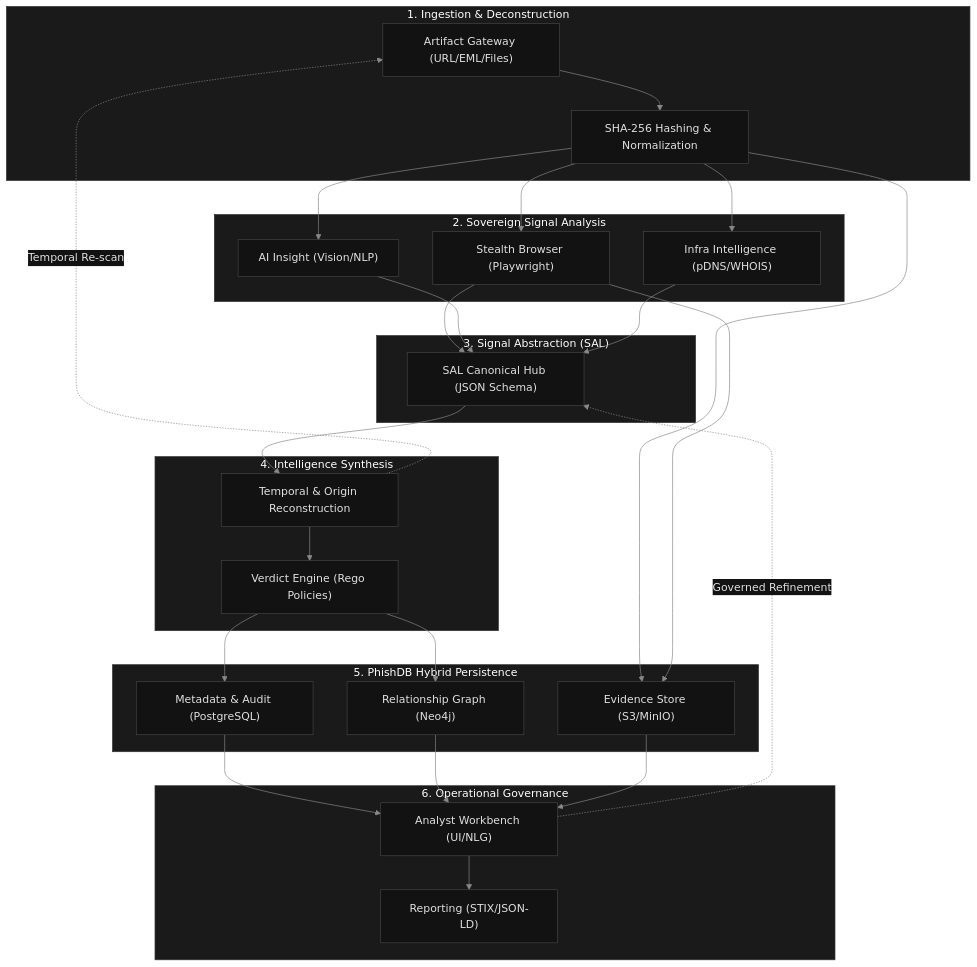
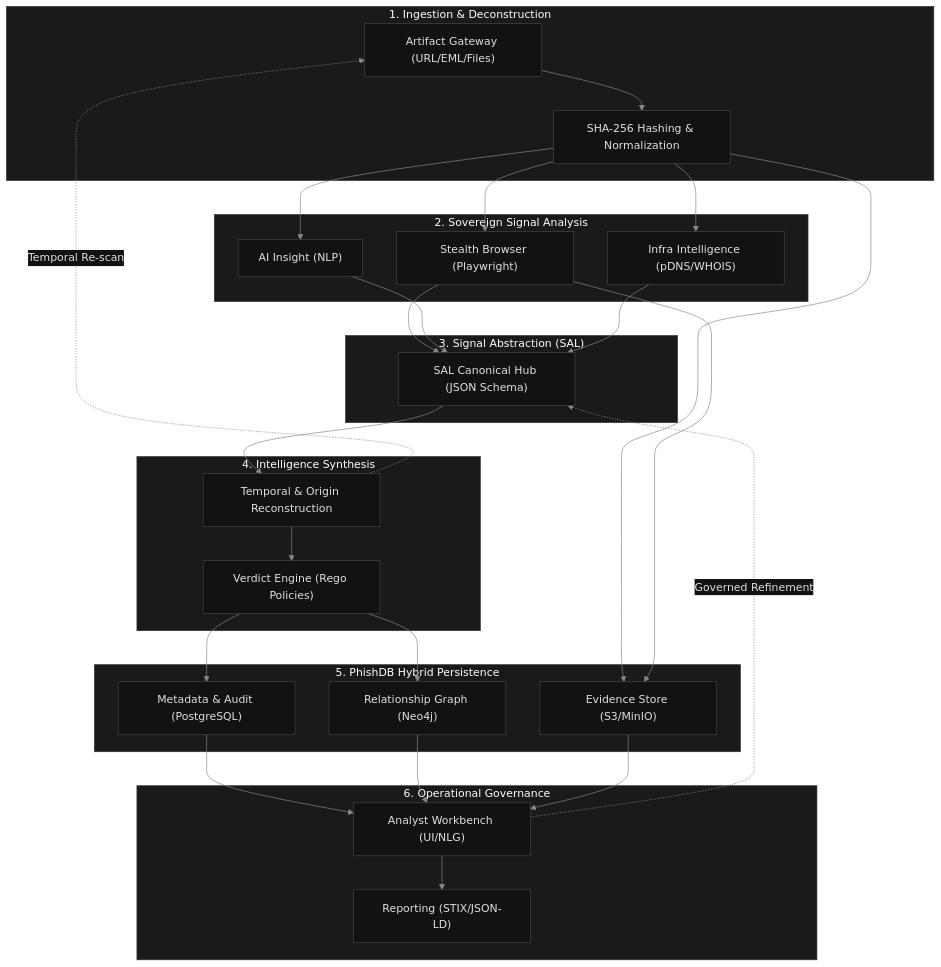
One commit to Tejaswini4119/PhishVault changed the diagram in newideas/PhishVault-2-TW.md. Above: the diagram before and after it, drawn with Mermaid.

Commit message:
feat: Add PhishVault-2 full technical workbook and system design specification.

````diff
--- a/newideas/PhishVault-2-TW.md
+++ b/newideas/PhishVault-2-TW.md
@@ -56,55 +56,55 @@
 ```mermaid
 %%{init: {
   'theme': 'base',
   'themeVariables': {
     'primaryColor': '#1a1a1a',
     'primaryTextColor': '#e0e0e0',
     'primaryBorderColor': '#333333',
     'lineColor': '#888888',
     'secondaryColor': '#1a1a1a',
     'tertiaryColor': '#1a1a1a',
     'mainBkg': '#121212',
     'nodeBkg': '#1a1a1a',
     'nodeBorder': '#444444',
     'clusterBkg': '#1a1a1a',
     'clusterBorder': '#333333',
     'defaultLinkColor': '#888888',
     'titleColor': '#ffffff',
     'edgeLabelBackground':'#121212'
   }
 }}%%
 graph TD
     subgraph "1. Ingestion & Deconstruction"
         A["Artifact Gateway (URL/EML/Files)"] --> B["SHA-256 Hashing & Normalization"]
     end
 
     subgraph "2. Sovereign Signal Analysis"
         B --> C1["Stealth Browser (Playwright)"]
-        B --> C2["AI Insight (Vision/NLP)"]
+        B --> C2["AI Insight (NLP)"]
         B --> C3["Infra Intelligence (pDNS/WHOIS)"]
     end
 
     subgraph "3. Signal Abstraction (SAL)"
         C1 & C2 & C3 --> D["SAL Canonical Hub (JSON Schema)"]
     end
 
     subgraph "4. Intelligence Synthesis"
         D --> E["Temporal & Origin Reconstruction"]
         E --> F["Verdict Engine (Rego Policies)"]
     end
 
     subgraph "5. PhishDB Hybrid Persistence"
         F --> G1["Metadata & Audit (PostgreSQL)"]
         F --> G2["Relationship Graph (Neo4j)"]
         B & C1 --> G3["Evidence Store (S3/MinIO)"]
     end
 
     subgraph "6. Operational Governance"
         G1 & G2 & G3 --> H["Analyst Workbench (UI/NLG)"]
         H --> I["Reporting (STIX/JSON-LD)"]
     end
 
     %% Closed-Loop Feedback
     E -.->|Temporal Re-scan| A
     H -.->|Governed Refinement| D
 ```
````
